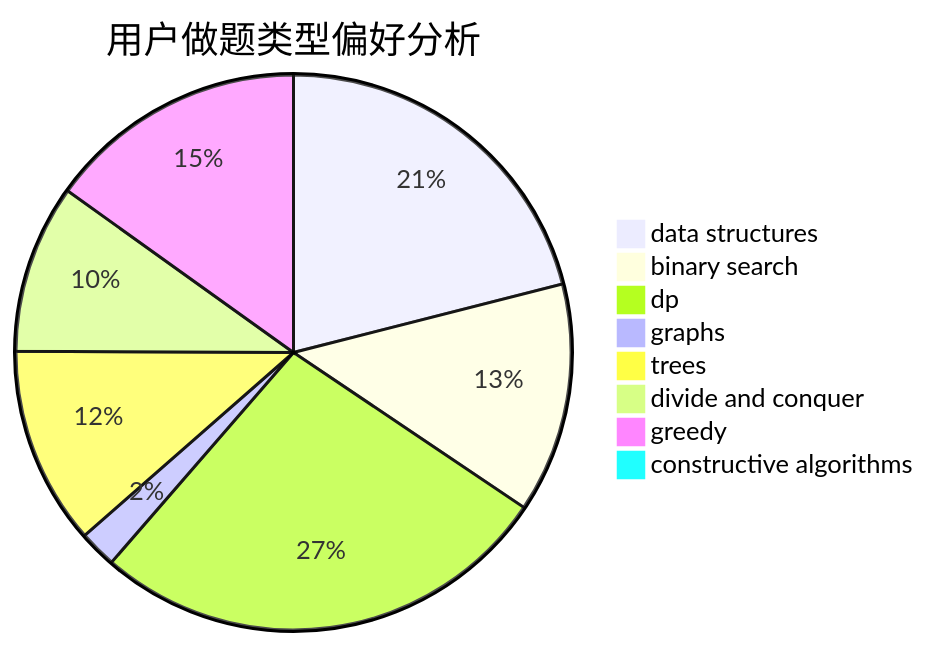
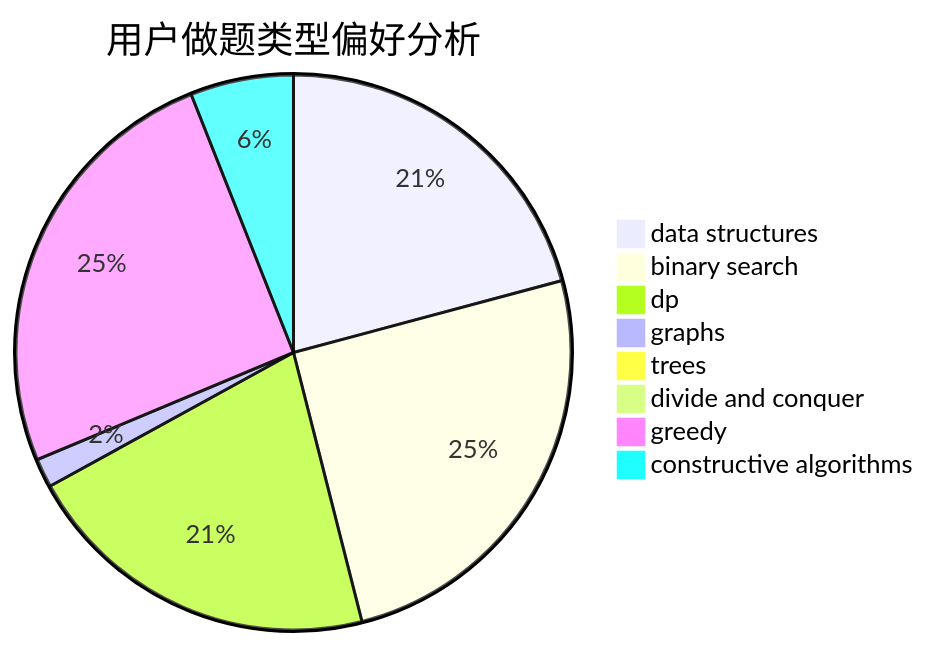
The second of 3 diagrams in docs/user/u241.md (sherpahu/cfrs.github.io), drawn with Mermaid before and after one commit. The commit also changed other lines of this file and 2770 other files, not shown here.

````diff
--- a/docs/user/u241.md
+++ b/docs/user/u241.md
@@ -23,11 +23,11 @@
 ```mermaid
 pie title 用户做题类型偏好分析
-    "data structures" :  135
-    "binary search" :  86
-    "dp" :  173
-    "graphs" :  14
-    "trees" :  74
-    "divide and conquer" :  63
-    "greedy" :  97
-    "constructive algorithms" :  0
+    "data structures" :  444
+    "binary search" :  537
+    "dp" :  447
+    "graphs" :  36
+    "trees" :  14
+    "divide and conquer" :  9
+    "greedy" :  539
+    "constructive algorithms" :  128
 ```
````
